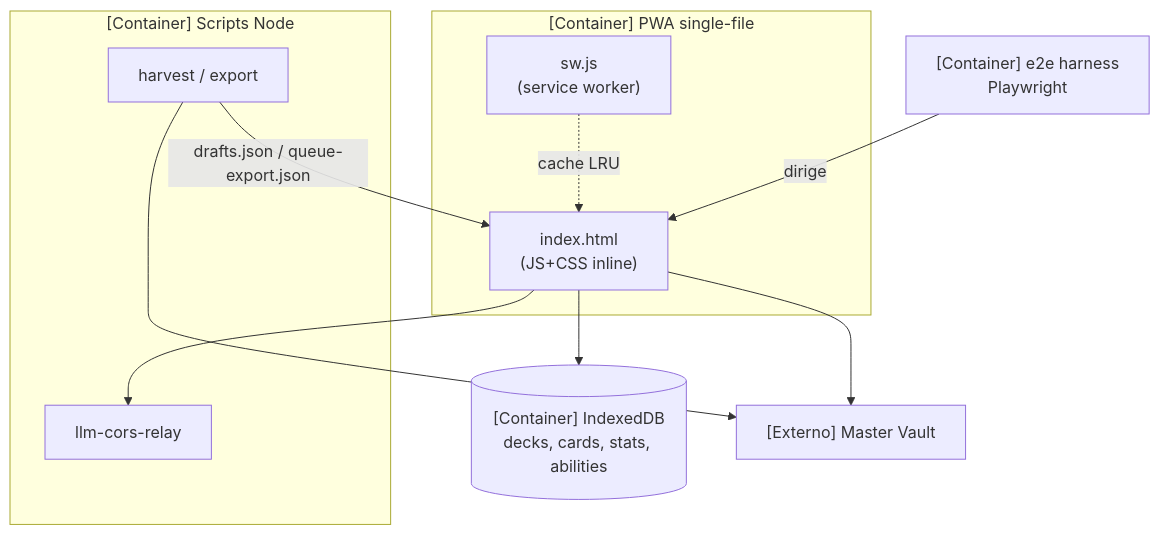
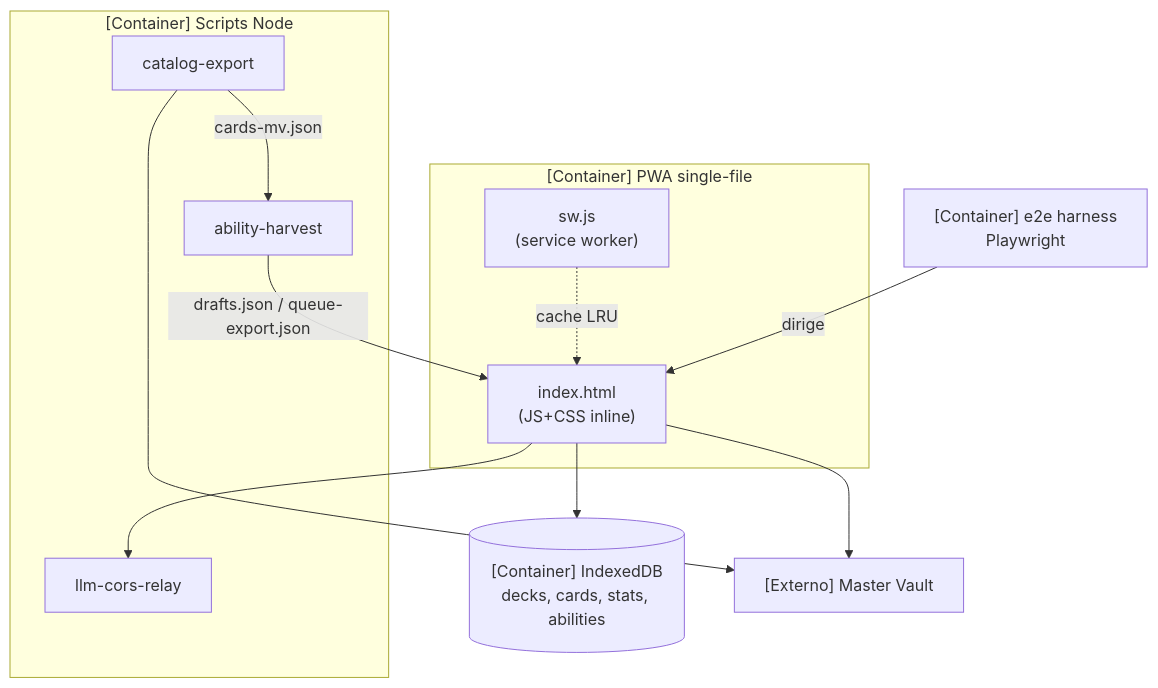
One commit to pedrohenriquebr/aember-arena changed the eighth of 14 diagrams in docs/ARCHITECTURE.md. Above: the diagram before and after it, drawn with Mermaid. The commit also changed other lines of this file, not shown here.

Commit message:
[AI] docs: arquitetura - componentes, fluxos (import/sync, undo) e codigo da IA faltantes, aresta harvest/MV corrigida

````diff
--- a/docs/ARCHITECTURE.md
+++ b/docs/ARCHITECTURE.md
@@ -174,21 +224,23 @@
 ```mermaid
 flowchart TB
   subgraph PWA["[Container] PWA single-file"]
     BUNDLE["index.html<br/>(JS+CSS inline)"]
     SW["sw.js<br/>(service worker)"]
   end
   IDB[("[Container] IndexedDB<br/>decks, cards, stats, abilities")]
   subgraph NODE["[Container] Scripts Node"]
-    HARV["harvest / export"]
+    EXPN["catalog-export"]
+    HARV["ability-harvest"]
     RELAY["llm-cors-relay"]
   end
   E2E["[Container] e2e harness<br/>Playwright"]
   MV["[Externo] Master Vault"]
   BUNDLE --> IDB
   BUNDLE --> MV
   SW -.cache LRU.-> BUNDLE
   BUNDLE --> RELAY
-  HARV --> MV
+  EXPN --> MV
+  EXPN -->|cards-mv.json| HARV
   HARV -->|drafts.json / queue-export.json| BUNDLE
   E2E -->|dirige| BUNDLE
 ```
````
